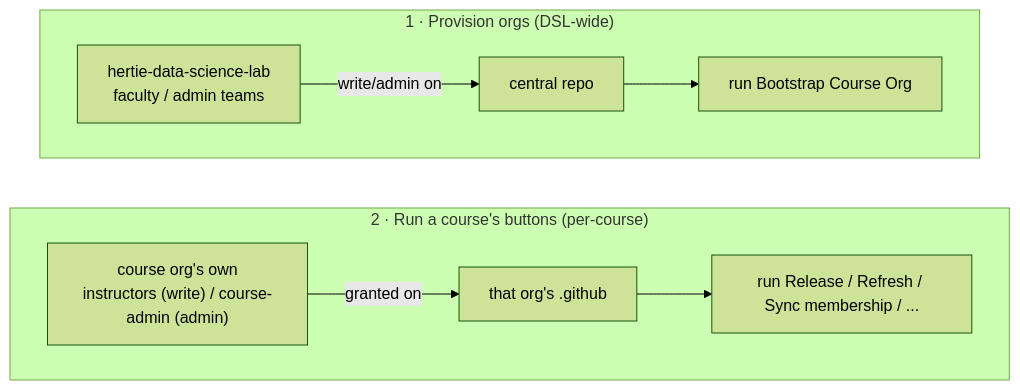
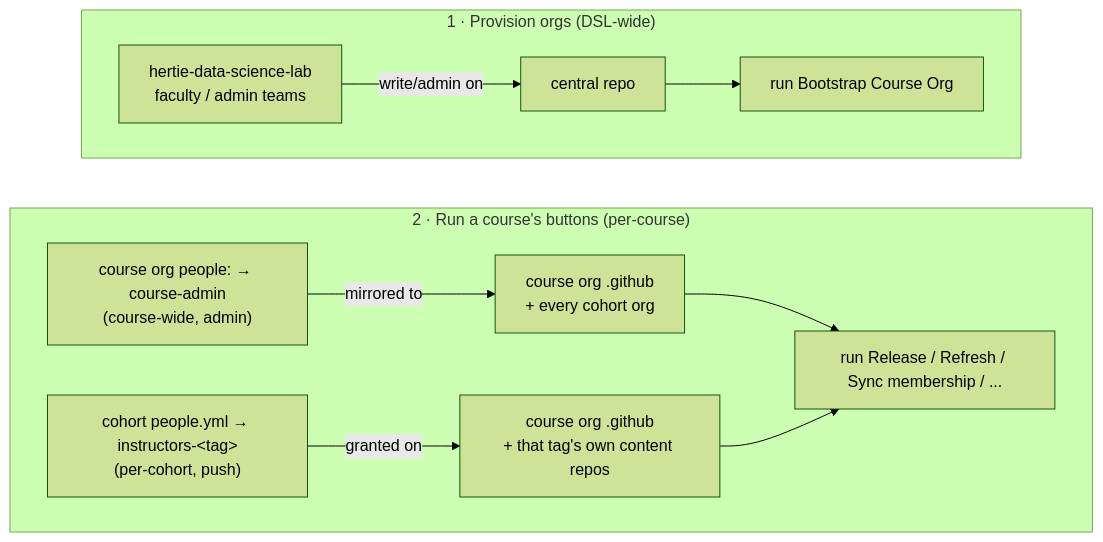
Before and after one commit to hertie-data-science-lab/dsl-teaching-course-setup: the third of 10 diagrams in docs/admin/architecture.md, drawn with Mermaid (forest theme). The commit also changed other lines of this file and 16 other files, not shown here.

First line of the commit message:
feat(faculty): split faculty access by role - course_admins vs per-cohort instructors

````diff
--- a/docs/admin/architecture.md
+++ b/docs/admin/architecture.md
@@ -90,10 +90,13 @@
 ```mermaid
 flowchart TD
   subgraph prov["1 · Provision orgs (DSL-wide)"]
     ct["hertie-data-science-lab<br/>faculty / admin teams"] -->|"write/admin on"| cr["central repo"] --> ba["run Bootstrap Course Org"]
   end
   subgraph run["2 · Run a course's buttons (per-course)"]
-    it["course org's own<br/>instructors (write) / course-admin (admin)"] -->|"granted on"| gh["that org's .github"] --> rb["run Release / Refresh / Sync membership / ..."]
+    ca["course org people: → course-admin<br/>(course-wide, admin)"] -->|"mirrored to"| gh["course org .github<br/>+ every cohort org"]
+    it["cohort people.yml → instructors-&lt;tag&gt;<br/>(per-cohort, push)"] -->|"granted on"| ghtag["course org .github<br/>+ that tag's own content repos"]
+    gh --> rb["run Release / Refresh / Sync membership / ..."]
+    ghtag --> rb
   end
   prov ~~~ run
 ```
````
